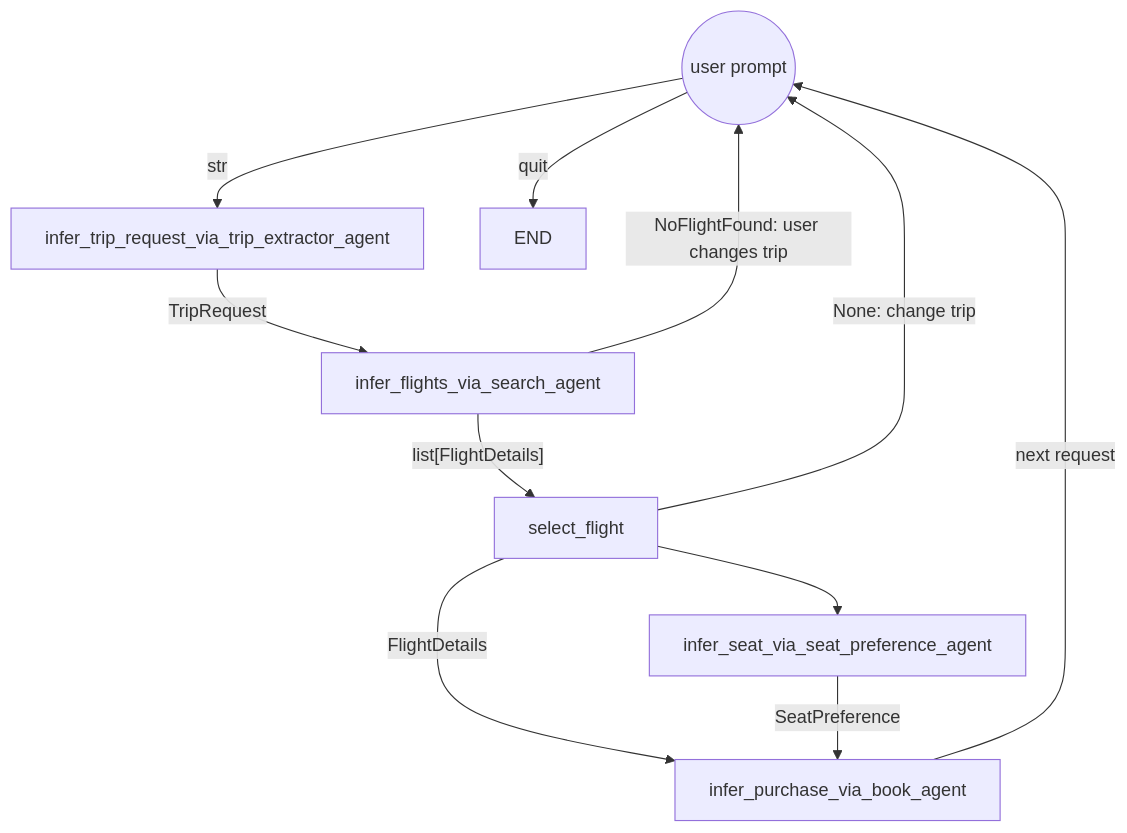
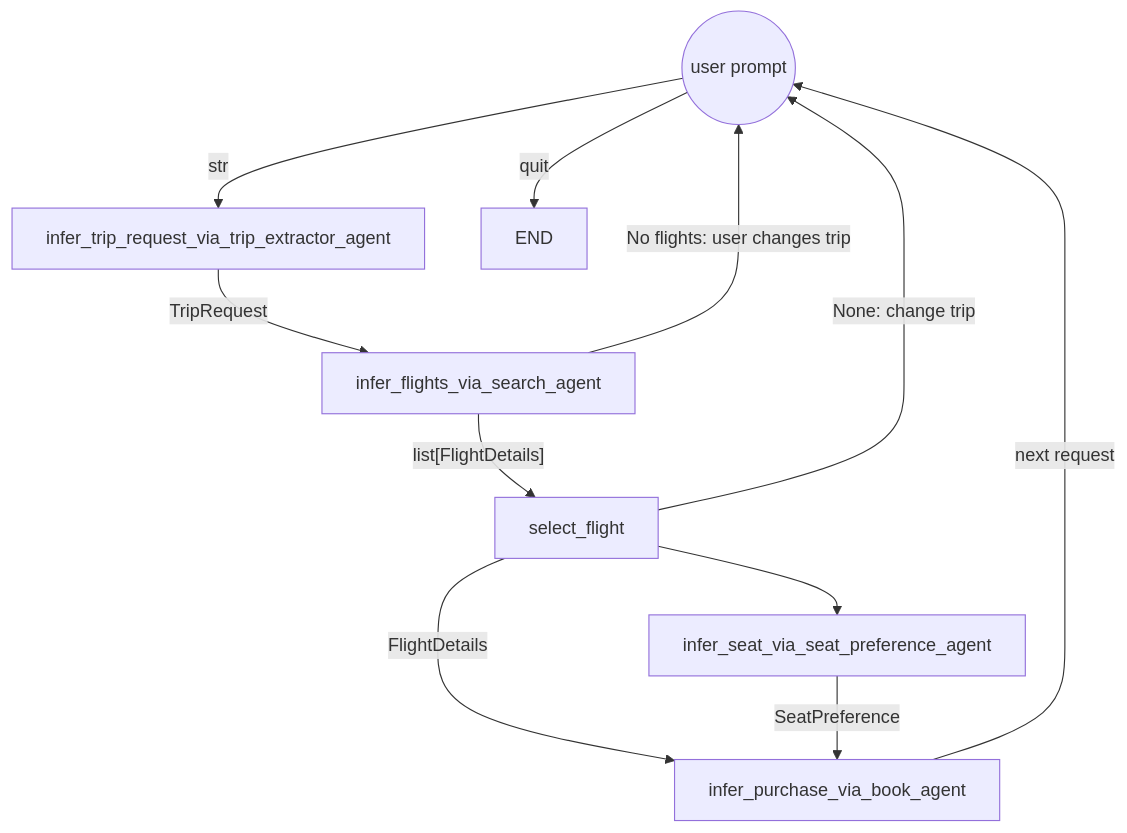
Before and after one commit to sweden-ai-factory/agentic-ai-lesson: the third of 4 diagrams in content/multi-agent.md, drawn with Mermaid. The commit also changed other lines of this file, not shown here.

````diff
--- a/content/multi-agent.md
+++ b/content/multi-agent.md
@@ -281,13 +288,13 @@
 ```mermaid
 graph TB
   prompt(("user prompt")) -->|"str"| extract["infer_trip_request_via_trip_extractor_agent"]
   extract -->|"TripRequest"| search["infer_flights_via_search_agent"]
-  search -->|"NoFlightFound: user changes trip"| prompt
+  search -->|"No flights: user changes trip"| prompt
   search -->|"list[FlightDetails]"| select["select_flight"]
   select -->|"None: change trip"| prompt
   select --> seat["infer_seat_via_seat_preference_agent"]
   select -->|"FlightDetails"| book
   seat -->|"SeatPreference"| book["infer_purchase_via_book_agent"]
   book -->|"next request"| prompt
   prompt -->|"quit"| END
 ```
````
